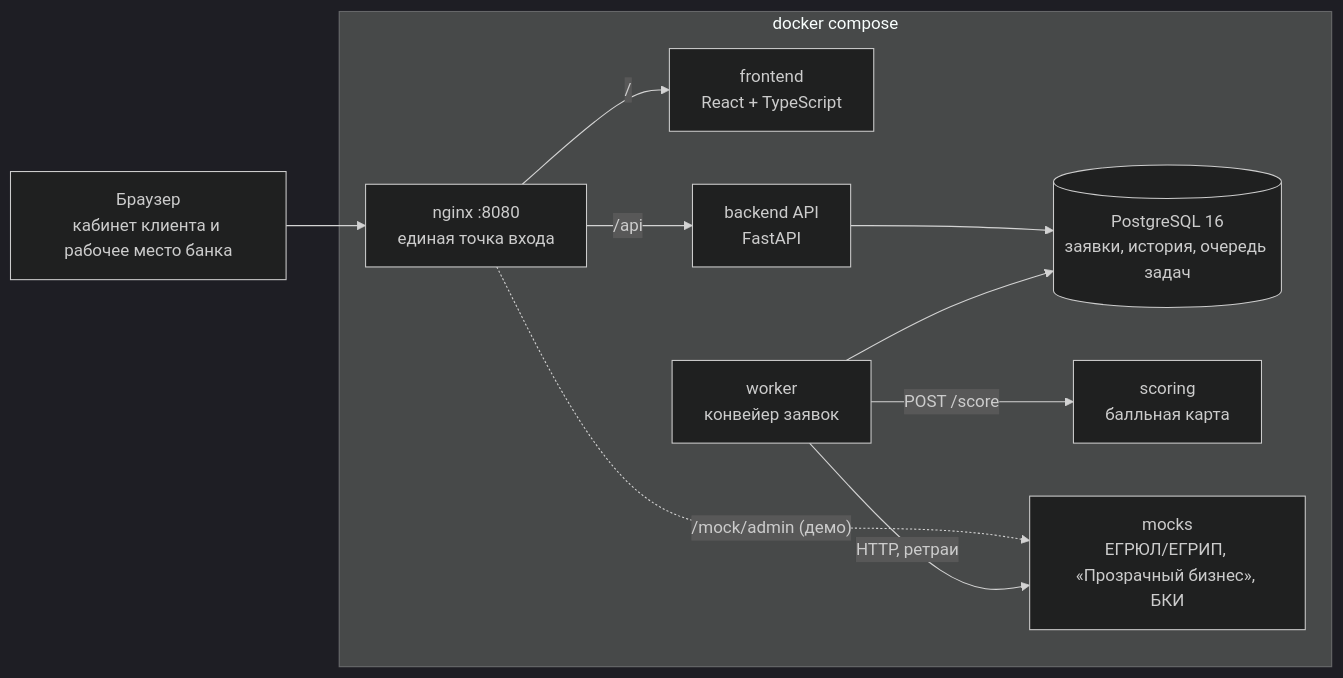
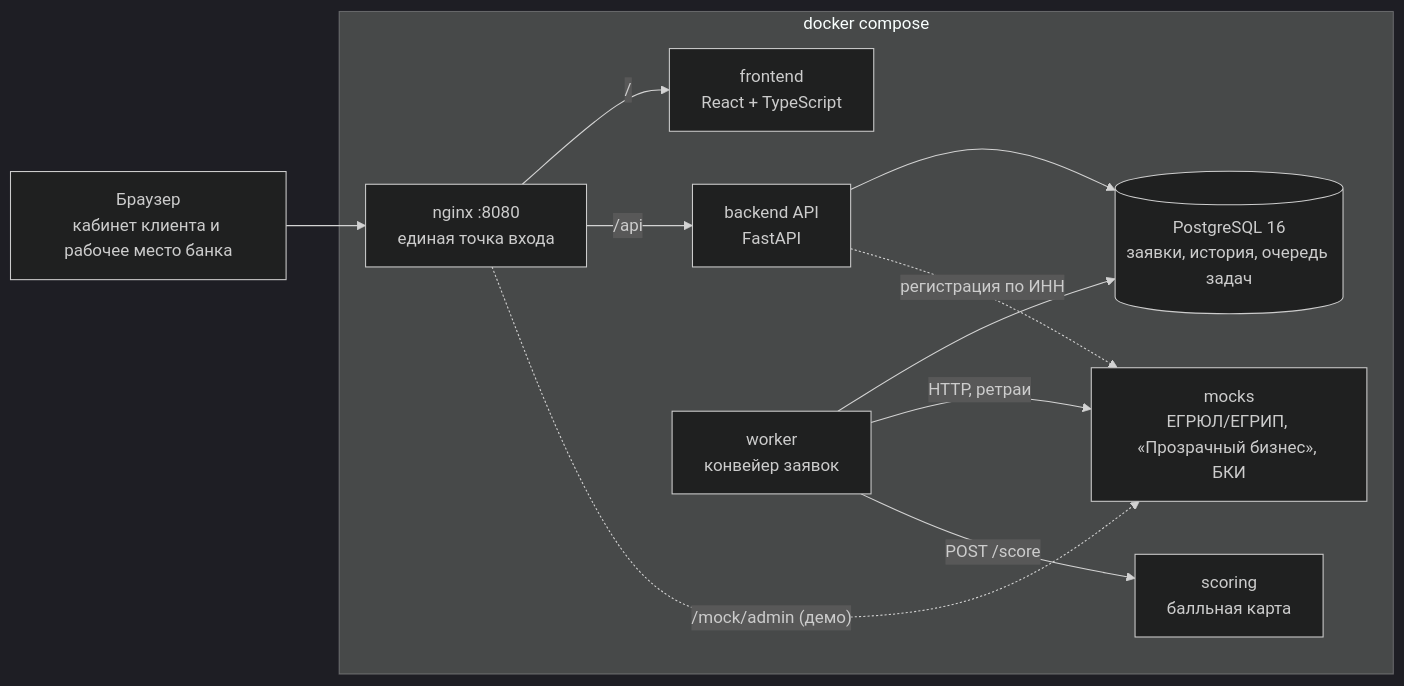
The first of 2 diagrams in docs/architecture.md (APDITE/alfa_hack), drawn with Mermaid (dark theme) before and after one commit. The commit also changed other lines of this file and 3 other files, not shown here.

````diff
--- a/docs/architecture.md
+++ b/docs/architecture.md
@@ -5,21 +5,22 @@
 ```mermaid
 flowchart LR
     browser["Браузер<br/>кабинет клиента и рабочее место банка"]
     subgraph compose["docker compose"]
         nginx["nginx :8080<br/>единая точка входа"]
         frontend["frontend<br/>React + TypeScript"]
         backend["backend API<br/>FastAPI"]
         worker["worker<br/>конвейер заявок"]
         db[("PostgreSQL 16<br/>заявки, история, очередь задач")]
         scoring["scoring<br/>балльная карта"]
         mocks["mocks<br/>ЕГРЮЛ/ЕГРИП, «Прозрачный бизнес», БКИ"]
     end
     browser --> nginx
     nginx -- "/" --> frontend
     nginx -- "/api" --> backend
     nginx -. "/mock/admin (демо)" .-> mocks
     backend --> db
+    backend -. "регистрация по ИНН" .-> mocks
     worker --> db
     worker -- "HTTP, ретраи" --> mocks
     worker -- "POST /score" --> scoring
 ```
````
